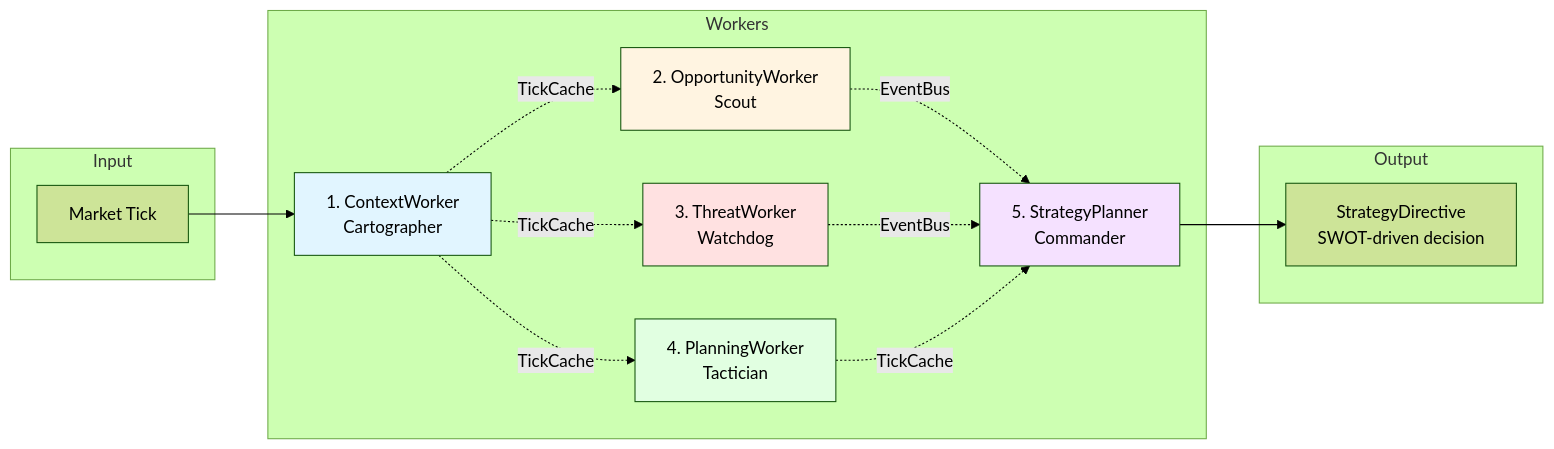
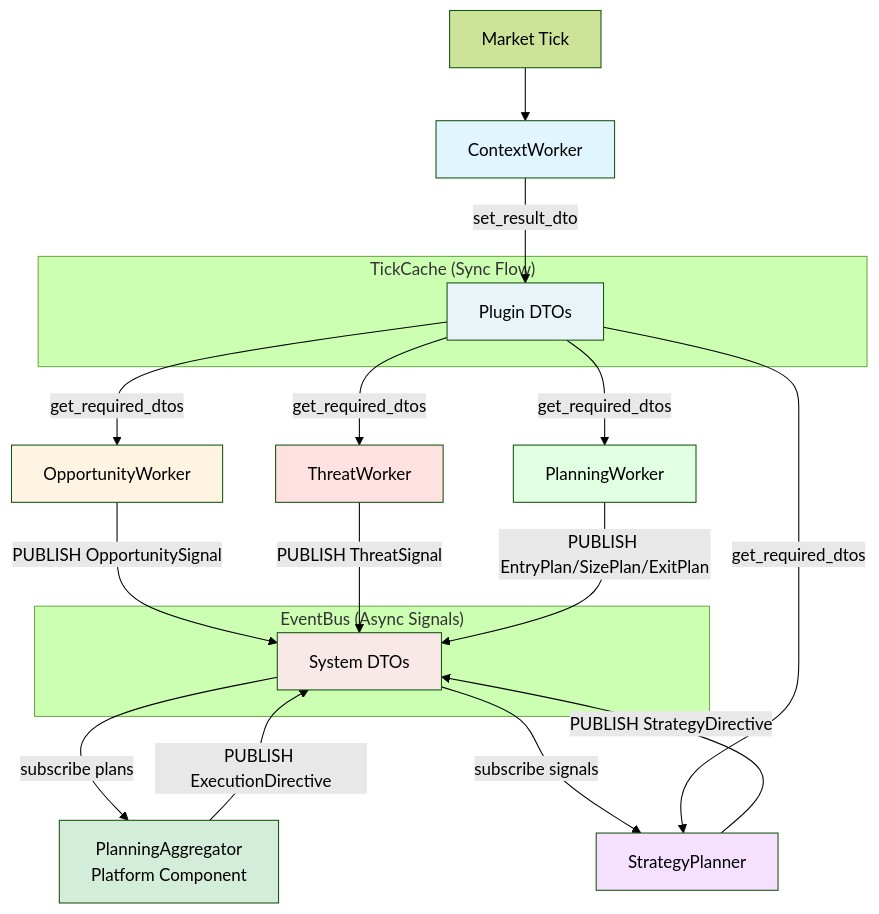
Before and after one commit to MikeyVK/S1mpleTraderV3: the diagram in docs/architecture/WORKER_TAXONOMY.md, drawn with Mermaid (forest theme). The commit also changed other lines of this file and 7 other files, not shown here.

````diff
--- a/docs/architecture/WORKER_TAXONOMY.md
+++ b/docs/architecture/WORKER_TAXONOMY.md
@@ -12,33 +12,46 @@
 ```mermaid
-graph LR
-    subgraph Input
-        Tick[Market Tick]
+graph TB
+    Tick[Market Tick]
+    
+    subgraph TickCache["TickCache (Sync Flow)"]
+        TC[Plugin DTOs]
     end
     
-    subgraph Workers
-        CW[1. ContextWorker<br/>Cartographer]
-        OW[2. OpportunityWorker<br/>Scout]
-        TW[3. ThreatWorker<br/>Watchdog]
-        PW[4. PlanningWorker<br/>Tactician]
-        SP[5. StrategyPlanner<br/>Commander]
+    subgraph EventBus["EventBus (Async Signals)"]
+        EB[System DTOs]
     end
     
-    subgraph Output
-        Dir[StrategyDirective<br/>SWOT-driven decision]
-    end
+    CW[ContextWorker]
+    OW[OpportunityWorker]
+    TW[ThreatWorker]
+    PW[PlanningWorker]
+    PA[PlanningAggregator<br/>Platform Component]
+    SP[StrategyPlanner]
     
     Tick --> CW
-    CW -.TickCache.-> OW
-    CW -.TickCache.-> TW
-    CW -.TickCache.-> PW
-    OW -.EventBus.-> SP
-    TW -.EventBus.-> SP
-    PW -.TickCache.-> SP
-    SP --> Dir
+    CW -->|set_result_dto| TC
+    
+    TC -->|get_required_dtos| OW
+    TC -->|get_required_dtos| TW
+    TC -->|get_required_dtos| PW
+    
+    OW -->|PUBLISH OpportunitySignal| EB
+    TW -->|PUBLISH ThreatSignal| EB
+    PW -->|PUBLISH EntryPlan/SizePlan/ExitPlan| EB
+    
+    EB -->|subscribe plans| PA
+    PA -->|PUBLISH ExecutionDirective| EB
+    
+    EB -->|subscribe signals| SP
+    TC -->|get_required_dtos| SP
+    SP -->|PUBLISH StrategyDirective| EB
     
     style CW fill:#e1f5ff
     style OW fill:#fff4e1
     style TW fill:#ffe1e1
     style PW fill:#e1ffe1
+    style PA fill:#d4edda
     style SP fill:#f5e1ff
+    style TC fill:#e8f4f8
+    style EB fill:#f8e8e8
 ```
````
